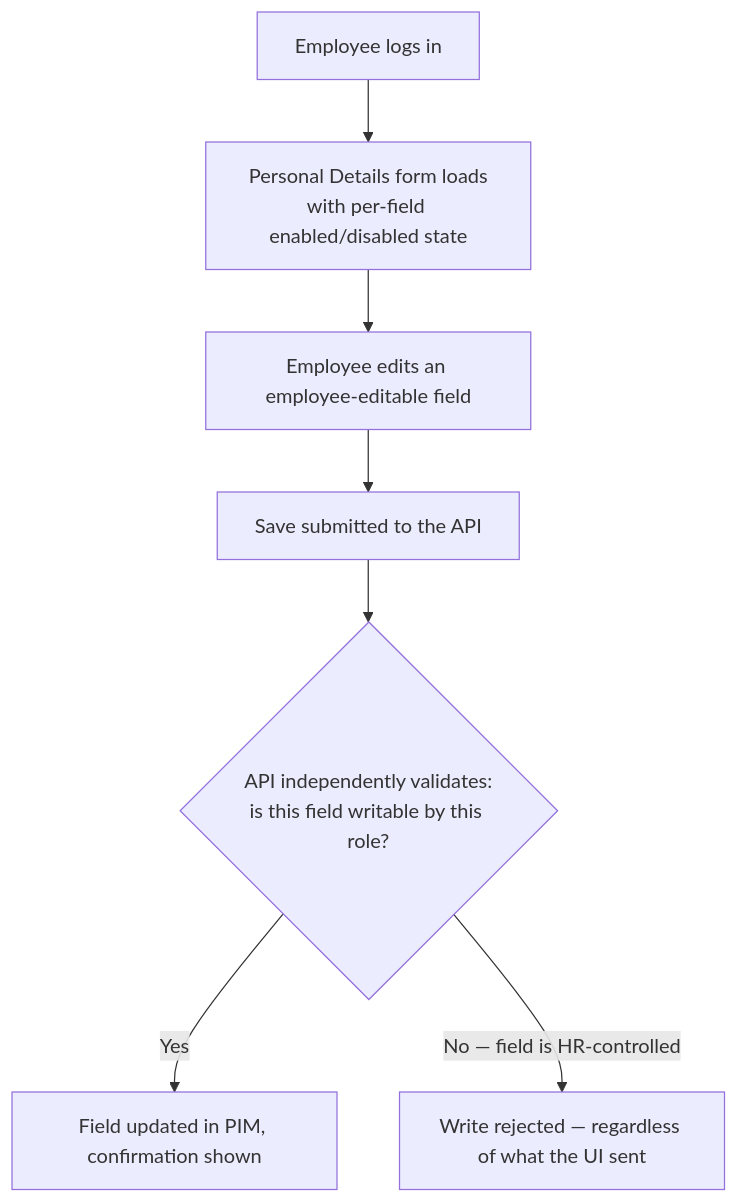
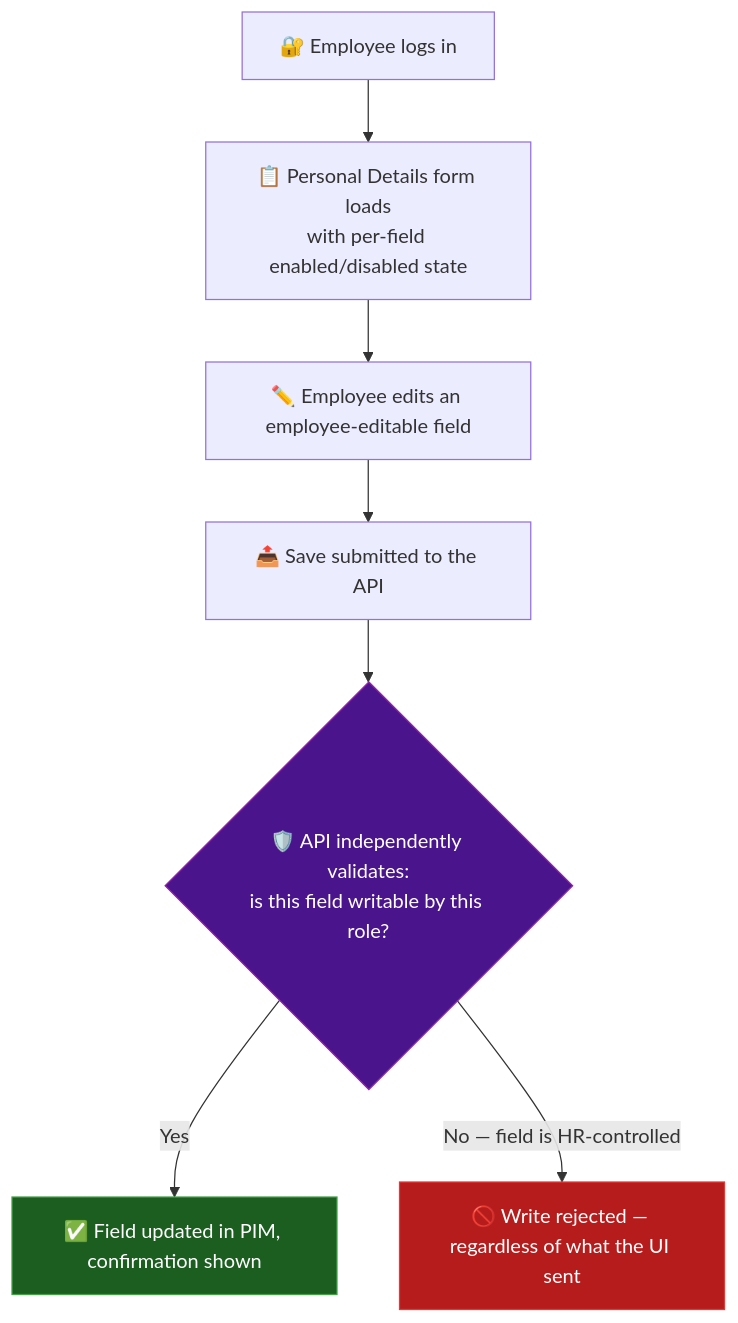
One commit to ghanendra-sdet/hrms-platform changed the diagram in README.md. Above: the diagram before and after it, drawn with Mermaid. The commit also changed other lines of this file, not shown here.

Commit message:
docs: refresh root README with richer diagrams and clearer prose

````diff
--- a/README.md
+++ b/README.md
@@ -128,9 +126,16 @@
 ```mermaid
 flowchart TD
-    A["Employee logs in"] --> B["Personal Details form loads<br/>with per-field enabled/disabled state"]
-    B --> C["Employee edits an employee-editable field"]
-    C --> D["Save submitted to the API"]
-    D --> E{"API independently validates:<br/>is this field writable by this role?"}
-    E -->|Yes| F["Field updated in PIM, confirmation shown"]
-    E -->|"No — field is HR-controlled"| G["Write rejected — regardless of what the UI sent"]
+    A["🔐 Employee logs in"] --> B["📋 Personal Details form loads<br/>with per-field enabled/disabled state"]
+    B --> C["✏️ Employee edits an employee-editable field"]
+    C --> D["📤 Save submitted to the API"]
+    D --> E{"🛡️ API independently validates:<br/>is this field writable by this role?"}
+    E -->|Yes| F["✅ Field updated in PIM, confirmation shown"]
+    E -->|"No — field is HR-controlled"| G["🚫 Write rejected — regardless of what the UI sent"]
+
+    classDef gate fill:#4a148c,stroke:#8e24aa,color:#fff
+    classDef good fill:#1b5e20,stroke:#43a047,color:#fff
+    classDef bad fill:#b71c1c,stroke:#e53935,color:#fff
+    class E gate
+    class F good
+    class G bad
 ```
````
